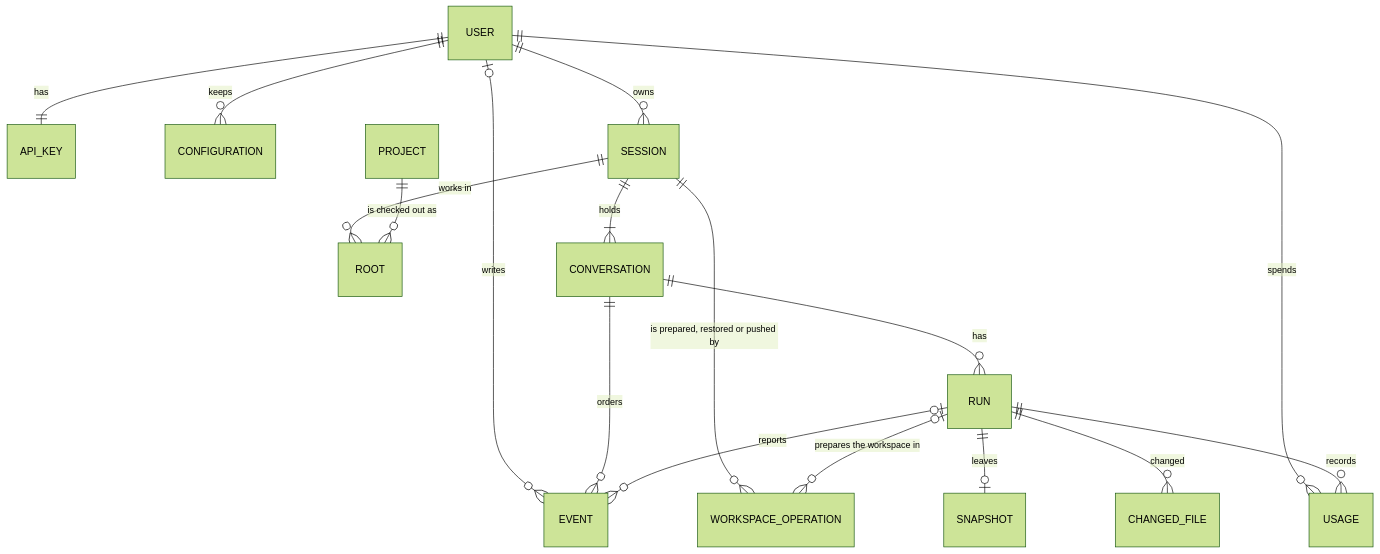
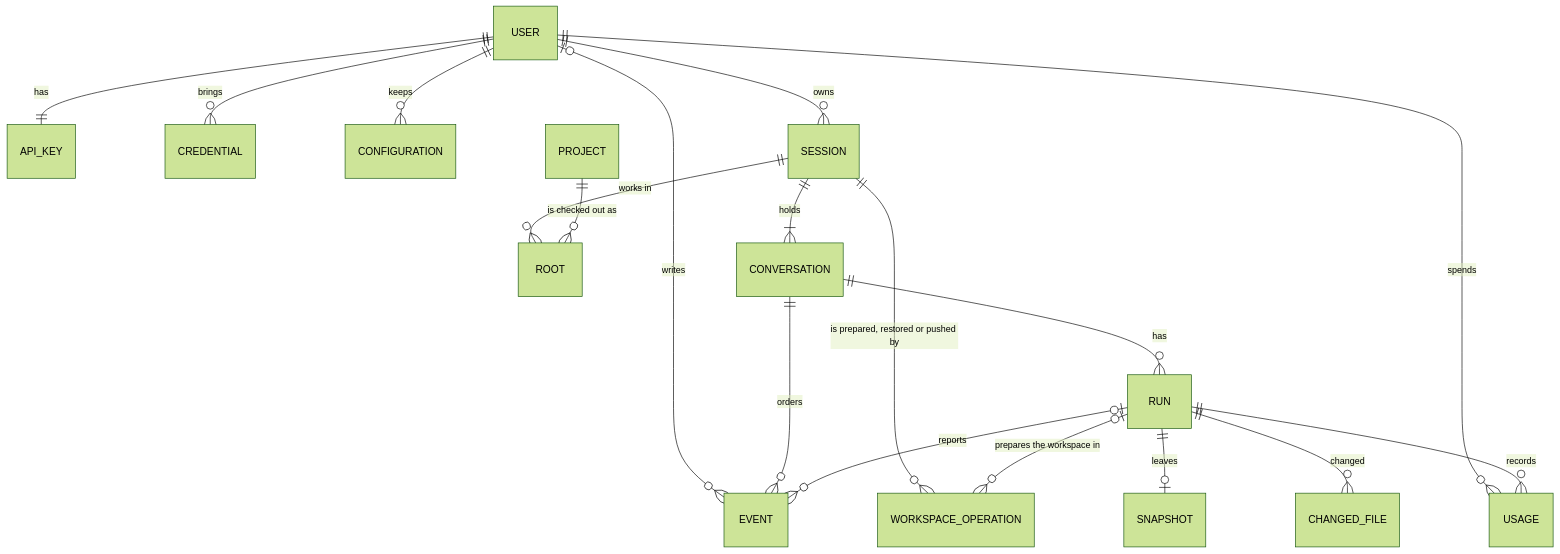
Before and after one commit to Mikode13/harness-docs: the diagram in design/data-model.md, drawn with Mermaid (forest theme). The commit also changed other lines of this file and 4 other files, not shown here.

First line of the commit message:
docs: let each user bring their own git credential and model provider keys

````diff
--- a/design/data-model.md
+++ b/design/data-model.md
@@ -17,19 +17,20 @@
 ```mermaid
 erDiagram
     USER ||--|| API_KEY : "has"
+    USER ||--o{ CREDENTIAL : "brings"
     USER ||--o{ CONFIGURATION : "keeps"
     USER ||--o{ SESSION : "owns"
     USER ||--o{ USAGE : "spends"
     USER |o--o{ EVENT : "writes"
     SESSION ||--o{ ROOT : "works in"
     PROJECT ||--o{ ROOT : "is checked out as"
     SESSION ||--|{ CONVERSATION : "holds"
     SESSION ||--o{ WORKSPACE_OPERATION : "is prepared, restored or pushed by"
     RUN |o--o{ WORKSPACE_OPERATION : "prepares the workspace in"
     CONVERSATION ||--o{ EVENT : "orders"
     CONVERSATION ||--o{ RUN : "has"
     RUN |o--o{ EVENT : "reports"
     RUN ||--o| SNAPSHOT : "leaves"
     RUN ||--o{ CHANGED_FILE : "changed"
     RUN ||--o{ USAGE : "records"
 ```
````
